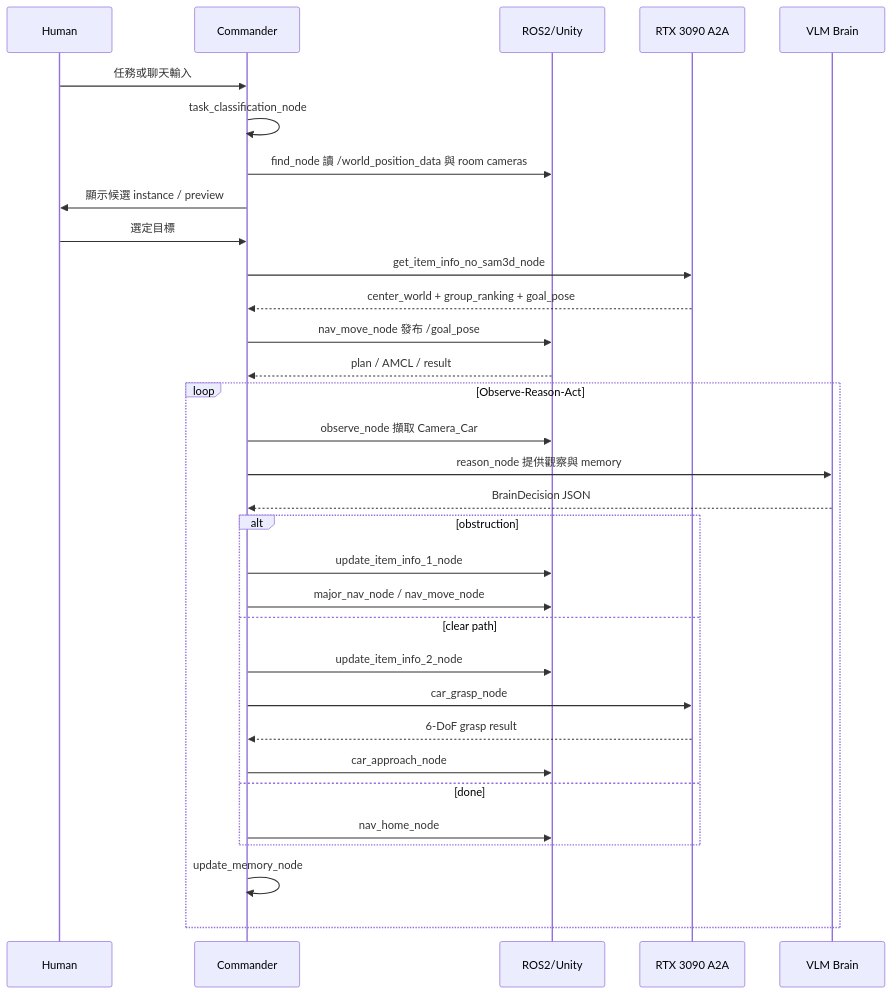
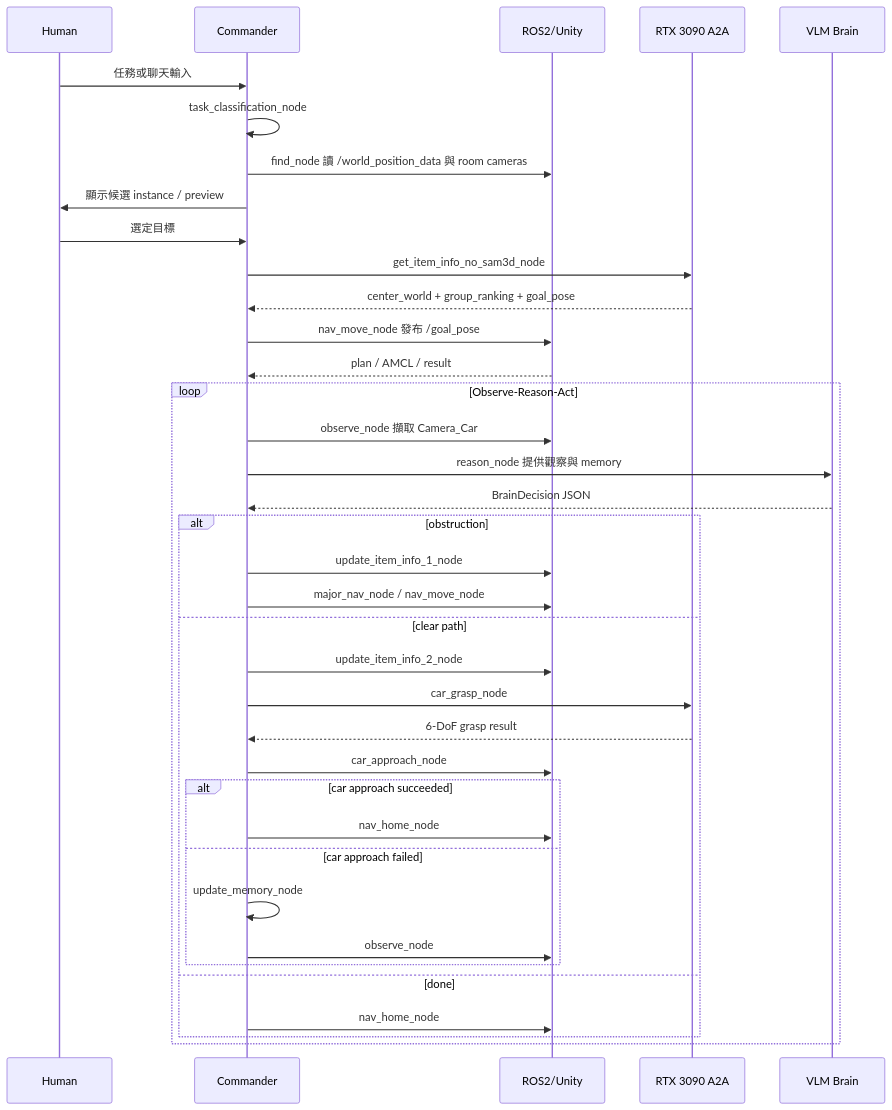
Before and after one commit to tj1125/pros_workflow: the second of 2 diagrams in docs/spec.md, drawn with Mermaid. The commit also changed other lines of this file and 44 other files, not shown here.

Commit message:
car_approach REFACTOR success

````diff
--- a/docs/spec.md
+++ b/docs/spec.md
@@ -88,35 +88,40 @@
 ```mermaid
 sequenceDiagram
   participant H as Human
   participant C as Commander
   participant R as ROS2/Unity
   participant A as RTX 3090 A2A
   participant V as VLM Brain
 
   H->>C: 任務或聊天輸入
   C->>C: task_classification_node
   C->>R: find_node 讀 /world_position_data 與 room cameras
   C->>H: 顯示候選 instance / preview
   H->>C: 選定目標
   C->>A: get_item_info_no_sam3d_node
   A-->>C: center_world + group_ranking + goal_pose
   C->>R: nav_move_node 發布 /goal_pose
   R-->>C: plan / AMCL / result
   loop Observe-Reason-Act
     C->>R: observe_node 擷取 Camera_Car
     C->>V: reason_node 提供觀察與 memory
     V-->>C: BrainDecision JSON
     alt obstruction
       C->>R: update_item_info_1_node
       C->>R: major_nav_node / nav_move_node
     else clear path
       C->>R: update_item_info_2_node
       C->>A: car_grasp_node
       A-->>C: 6-DoF grasp result
       C->>R: car_approach_node
+      alt car approach succeeded
+        C->>R: nav_home_node
+      else car approach failed
+        C->>C: update_memory_node
+        C->>R: observe_node
+      end
     else done
       C->>R: nav_home_node
     end
-    C->>C: update_memory_node
   end
 ```
````
